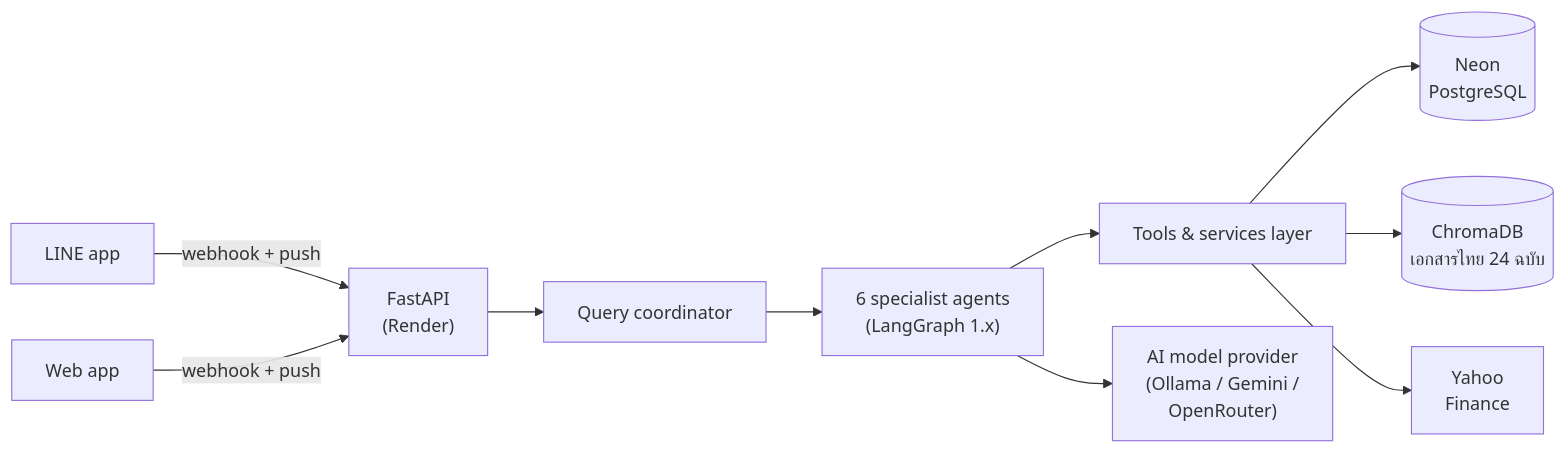
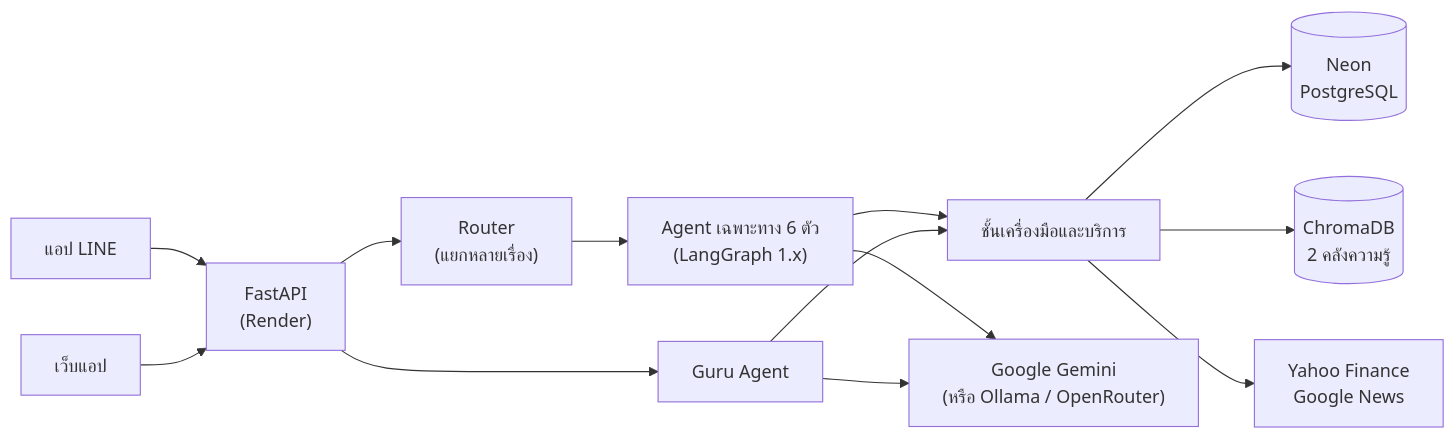
Before and after one commit to pakkaphon-tangtonglang/agenticaiforpersonalfinance: the diagram in README.md, drawn with Mermaid. The commit also changed other lines of this file, not shown here.

````diff
--- a/README.md
+++ b/README.md
@@ -129,11 +107,12 @@
 ```mermaid
 flowchart LR
-    LINE["LINE app"] & WEB["Web app"] -->|"webhook + push"| API["FastAPI<br/>(Render)"]
-    API --> ORCH["Query coordinator"]
-    ORCH --> AG["6 specialist agents<br/>(LangGraph 1.x)"]
-    AG --> TL["Tools & services layer"]
+    LINE["แอป LINE"] & WEB["เว็บแอป"] --> API["FastAPI<br/>(Render)"]
+    API --> ROUTER["Router<br/>(แยกหลายเรื่อง)"]
+    API --> GURU["Guru Agent"]
+    ROUTER --> AG["Agent เฉพาะทาง 6 ตัว<br/>(LangGraph 1.x)"]
+    AG & GURU --> TL["ชั้นเครื่องมือและบริการ"]
     TL --> DB[("Neon<br/>PostgreSQL")]
-    TL --> CH[("ChromaDB<br/>เอกสารไทย 24 ฉบับ")]
-    TL --> YF["Yahoo<br/>Finance"]
-    AG --> LLM["AI model provider<br/>(Ollama / Gemini /<br/>OpenRouter)"]
+    TL --> CH[("ChromaDB<br/>2 คลังความรู้")]
+    TL --> YF["Yahoo Finance<br/>Google News"]
+    AG & GURU --> LLM["Google Gemini<br/>(หรือ Ollama / OpenRouter)"]
 ```
````
